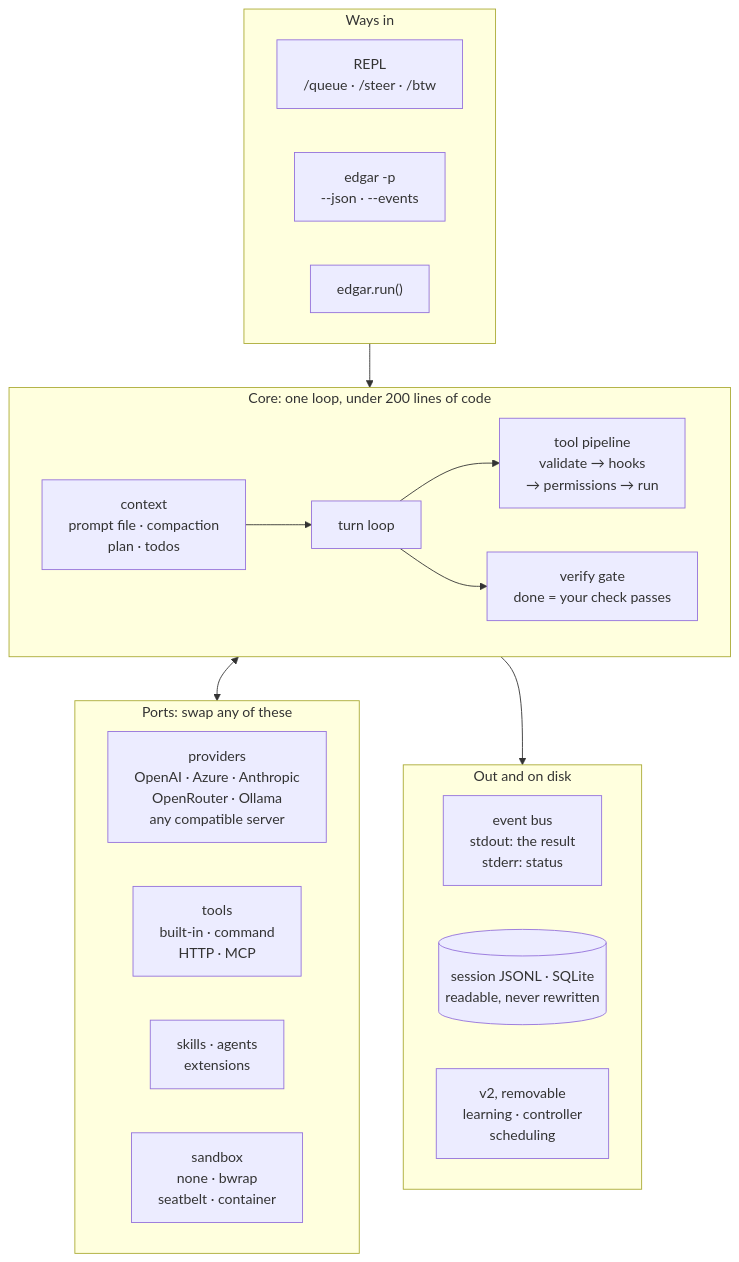
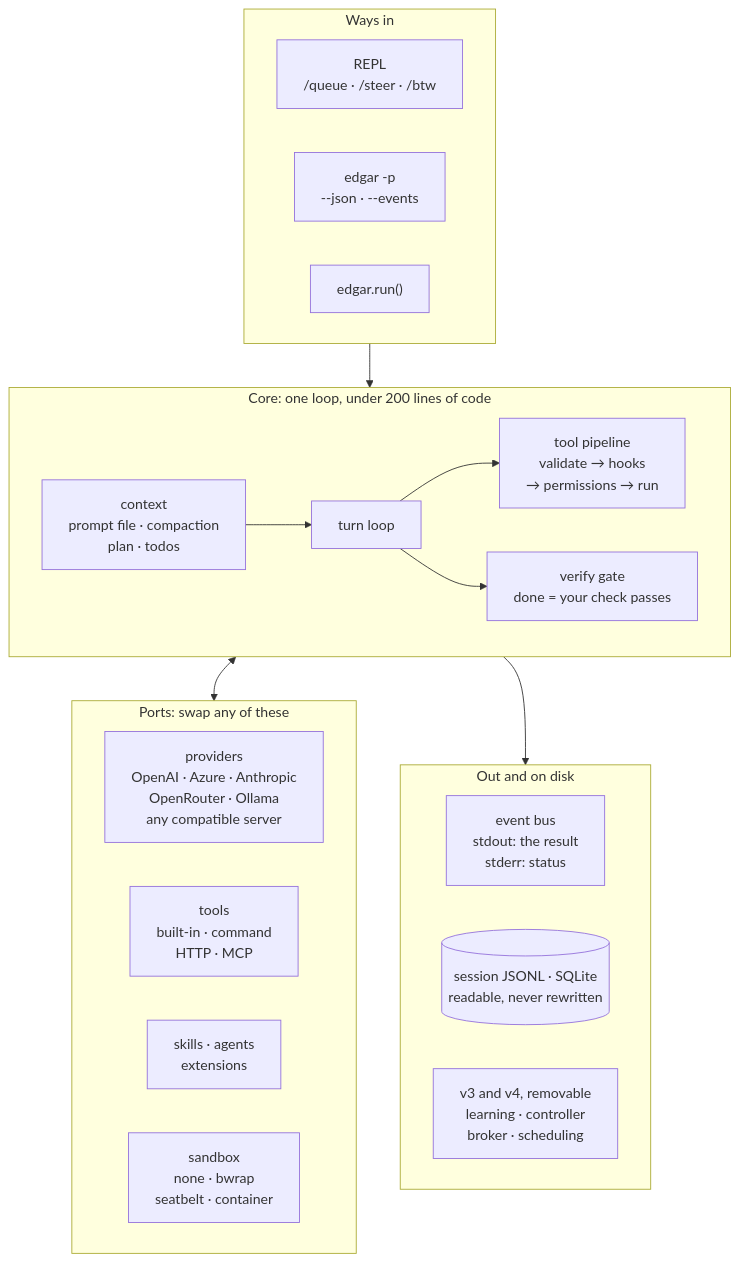
One commit to vespassassina/edgar changed the diagram in README.md. Above: the diagram before and after it, drawn with Mermaid. The commit also changed other lines of this file and 14 other files, not shown here.

````diff
--- a/README.md
+++ b/README.md
@@ -94,35 +98,35 @@
 ```mermaid
 flowchart TB
     subgraph entry["Ways in"]
         direction LR
         repl["REPL<br/>/queue · /steer · /btw"]
         oneshot["edgar -p<br/>--json · --events"]
         api["edgar.run()"]
     end
 
     subgraph core["Core: one loop, under 200 lines of code"]
         direction LR
         ctx["context<br/>prompt file · compaction<br/>plan · todos"] --> loop["turn loop"]
         loop --> exec["tool pipeline<br/>validate → hooks<br/>→ permissions → run"]
         loop --> verify["verify gate<br/>done = your check passes"]
     end
 
     subgraph ports["Ports: swap any of these"]
         direction LR
         prov["providers<br/>OpenAI · Azure · Anthropic<br/>OpenRouter · Ollama<br/>any compatible server"]
         tools["tools<br/>built-in · command<br/>HTTP · MCP"]
         skills["skills · agents<br/>extensions"]
         sandbox["sandbox<br/>none · bwrap<br/>seatbelt · container"]
     end
 
     subgraph rest["Out and on disk"]
         direction LR
         bus["event bus<br/>stdout: the result<br/>stderr: status"]
         disk[("session JSONL · SQLite<br/>readable, never rewritten")]
-        v2["v2, removable<br/>learning · controller<br/>scheduling"]
+        v3["v3 and v4, removable<br/>learning · controller<br/>broker · scheduling"]
     end
 
     entry --> core
     core <--> ports
     core --> rest
 ```
````
